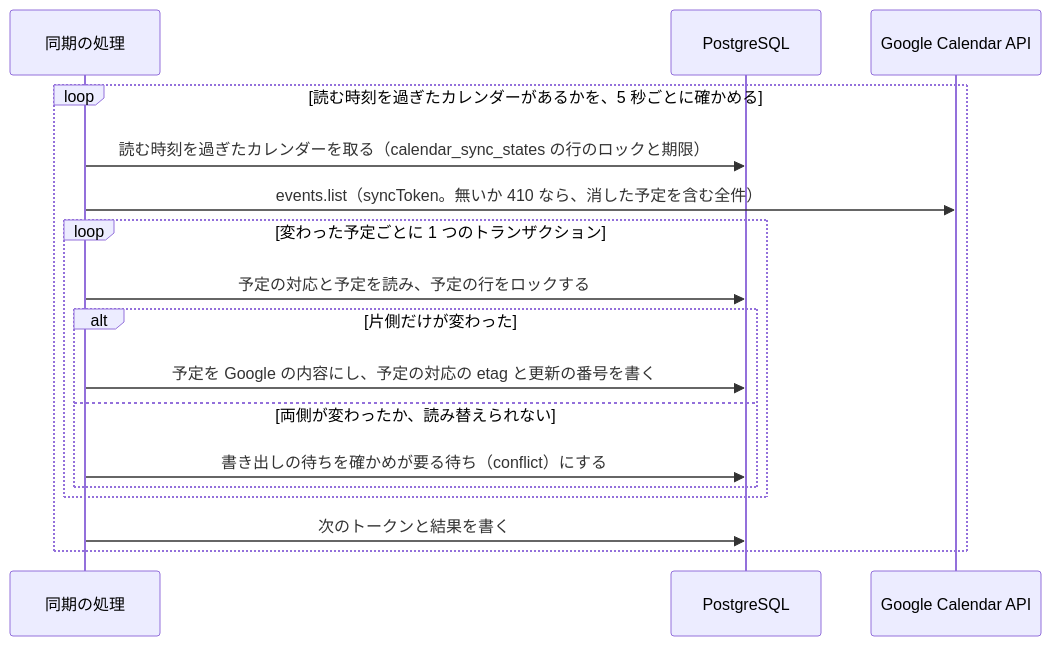
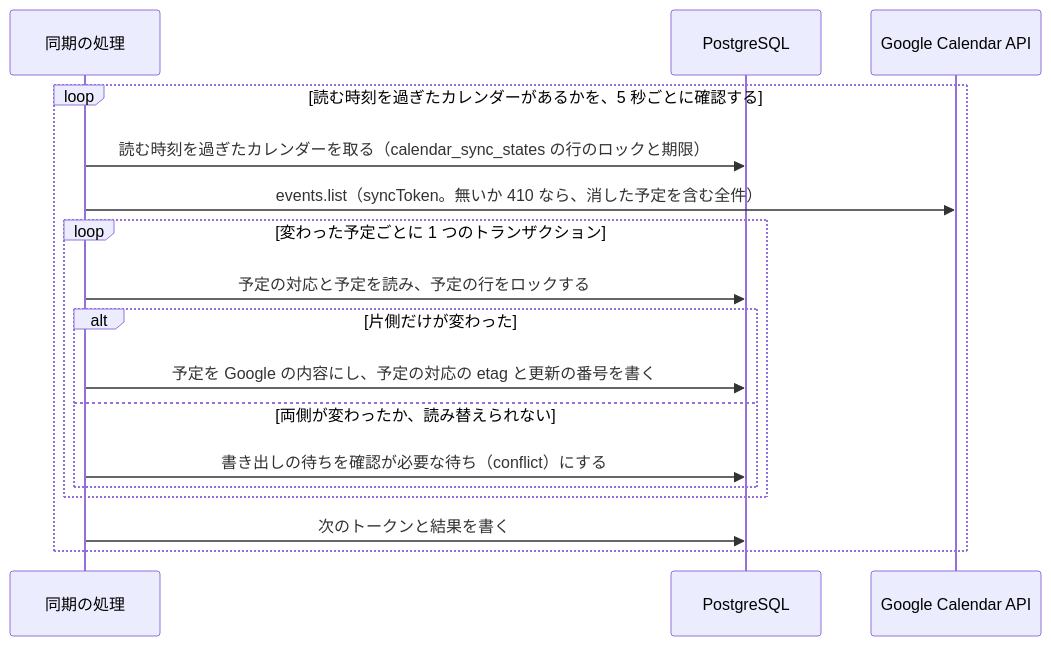
One commit to Fukuemon/buddy changed the fifth of 6 diagrams in services/schedule/DesignDoc.md. Above: the diagram before and after it, drawn with Mermaid. The commit also changed other lines of this file and 46 other files, not shown here.

````diff
--- a/services/schedule/DesignDoc.md
+++ b/services/schedule/DesignDoc.md
@@ -398,19 +398,19 @@
 ```mermaid
 sequenceDiagram
   participant s as 同期の処理
   participant db as PostgreSQL
   participant g as Google Calendar API
-  loop 読む時刻を過ぎたカレンダーがあるかを、5 秒ごとに確かめる
+  loop 読む時刻を過ぎたカレンダーがあるかを、5 秒ごとに確認する
     s->>db: 読む時刻を過ぎたカレンダーを取る（calendar_sync_states の行のロックと期限）
     s->>g: events.list（syncToken。無いか 410 なら、消した予定を含む全件）
     loop 変わった予定ごとに 1 つのトランザクション
       s->>db: 予定の対応と予定を読み、予定の行をロックする
       alt 片側だけが変わった
         s->>db: 予定を Google の内容にし、予定の対応の etag と更新の番号を書く
       else 両側が変わったか、読み替えられない
-        s->>db: 書き出しの待ちを確かめが要る待ち（conflict）にする
+        s->>db: 書き出しの待ちを確認が必要な待ち（conflict）にする
       end
     end
     s->>db: 次のトークンと結果を書く
   end
 ```
````
